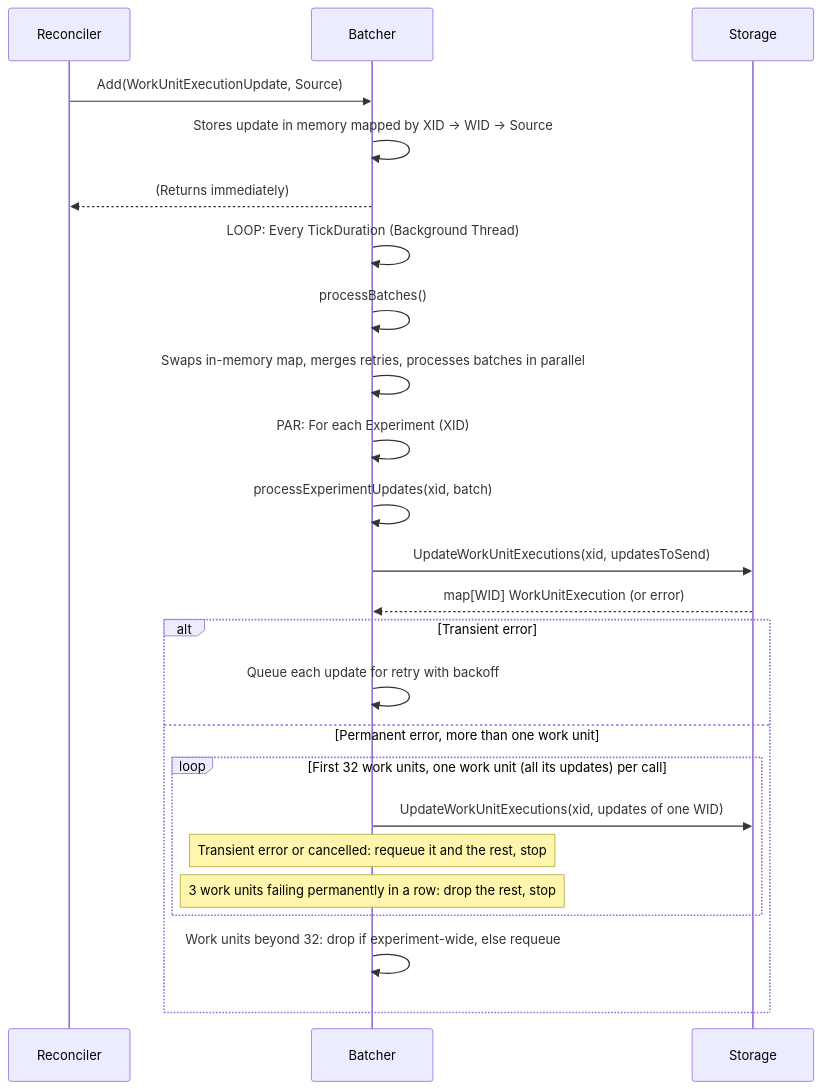
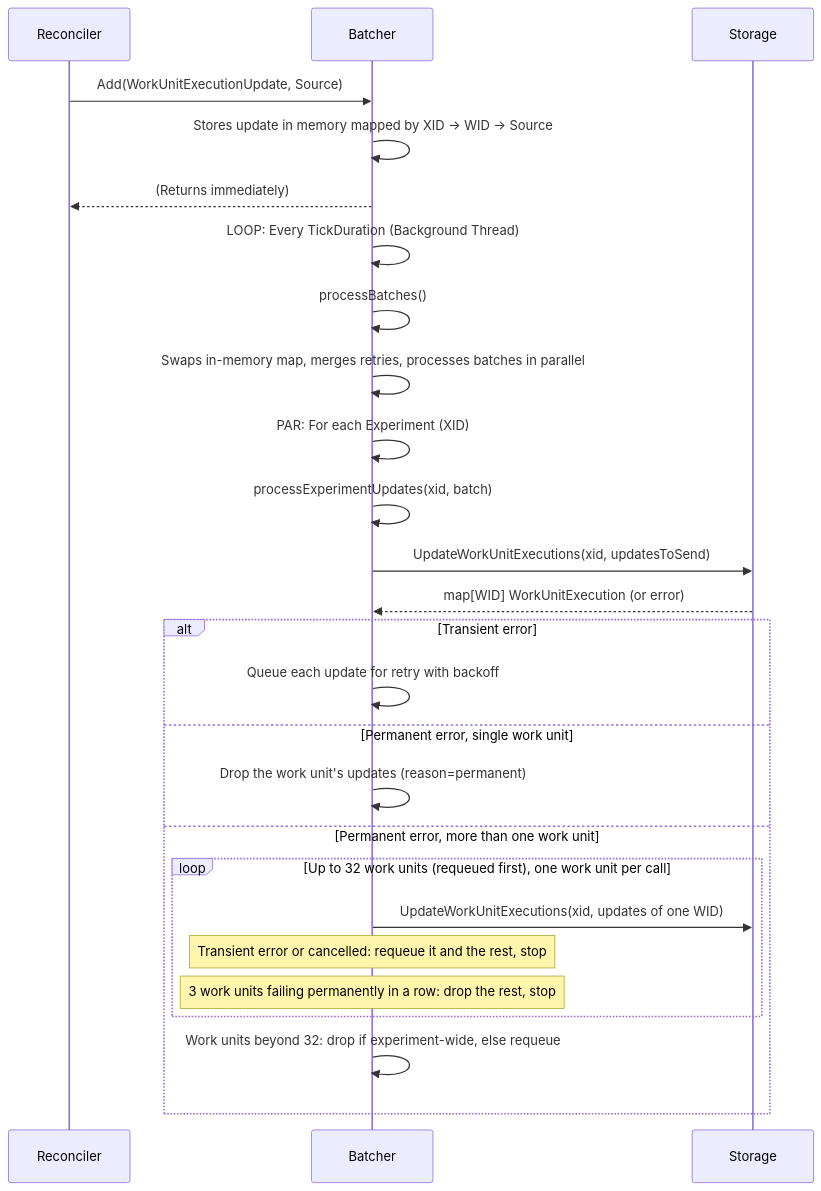
One commit to google/xmc changed the fifth of 5 diagrams in docs/flows/reconciliation.md. Above: the diagram before and after it, drawn with Mermaid. The commit also changed 2 other files, not shown here.

Commit message:
fix(reconciler): prioritize requeued overflow during permanent-error isolation
Comment link: https://github.com/google/xmc/pull/1201#discussion_r4248360623
Comment link: https://github.com/google/xmc/pull/1201#discussion_r4248360643
Comment link: https://github.com/google/xmc/pull/1201#discussion_r4248360651

TAG=agy

````diff
--- a/docs/flows/reconciliation.md
+++ b/docs/flows/reconciliation.md
@@ -277,29 +277,31 @@
 ```mermaid
 sequenceDiagram
     participant Reconciler
     participant Batcher
     participant Storage
 
     Reconciler->>Batcher: Add(WorkUnitExecutionUpdate, Source)
     Batcher->>Batcher: Stores update in memory mapped by XID -> WID -> Source
     Batcher-->>Reconciler: (Returns immediately)
 
     Batcher->>Batcher: LOOP: Every TickDuration (Background Thread)
     Batcher->>Batcher: processBatches()
     Batcher->>Batcher: Swaps in-memory map, merges retries, processes batches in parallel
 
     Batcher->>Batcher: PAR: For each Experiment (XID)
     Batcher->>Batcher: processExperimentUpdates(xid, batch)
     Batcher->>Storage: UpdateWorkUnitExecutions(xid, updatesToSend)
     Storage-->>Batcher: map[WID] WorkUnitExecution (or error)
     alt Transient error
         Batcher->>Batcher: Queue each update for retry with backoff
+    else Permanent error, single work unit
+        Batcher->>Batcher: Drop the work unit's updates (reason=permanent)
     else Permanent error, more than one work unit
-        loop First 32 work units, one work unit (all its updates) per call
+        loop Up to 32 work units (requeued first), one work unit per call
             Batcher->>Storage: UpdateWorkUnitExecutions(xid, updates of one WID)
             Note over Batcher: Transient error or cancelled: requeue it and the rest, stop
             Note over Batcher: 3 work units failing permanently in a row: drop the rest, stop
         end
         Batcher->>Batcher: Work units beyond 32: drop if experiment-wide, else requeue
     end
 ```
````
